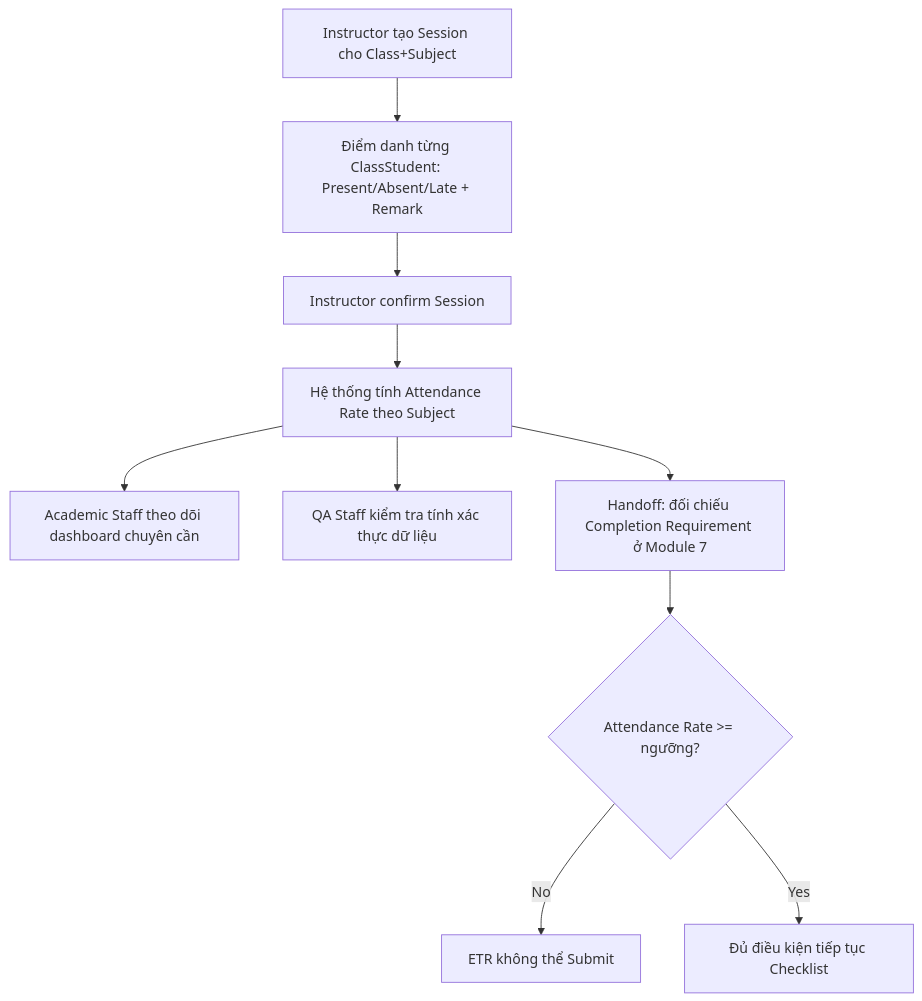
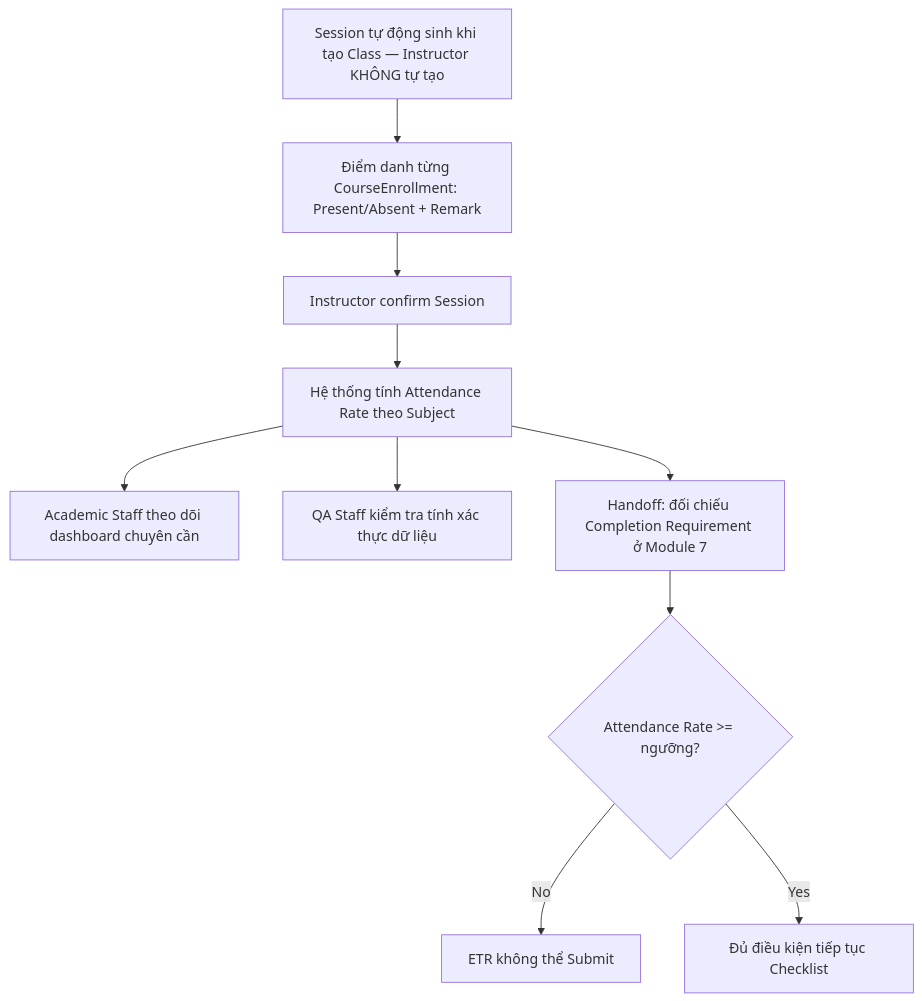
One commit to NhatTrieu24/ETR_Record_BE changed the diagram in docs/final/5.attendance_management.md. Above: the diagram before and after it, drawn with Mermaid. The commit also changed other lines of this file and 7 other files, not shown here.

Commit message:
update flow doc

````diff
--- a/docs/final/5.attendance_management.md
+++ b/docs/final/5.attendance_management.md
@@ -30,12 +30,12 @@
 ```mermaid
 flowchart TD
-    A[Instructor tạo Session cho Class+Subject] --> B[Điểm danh từng ClassStudent: Present/Absent/Late + Remark]
+    A[Session tự động sinh khi tạo Class — Instructor KHÔNG tự tạo] --> B[Điểm danh từng CourseEnrollment: Present/Absent + Remark]
     B --> C[Instructor confirm Session]
     C --> D[Hệ thống tính Attendance Rate theo Subject]
     D --> E[Academic Staff theo dõi dashboard chuyên cần]
     D --> F[QA Staff kiểm tra tính xác thực dữ liệu]
     D --> G[Handoff: đối chiếu Completion Requirement ở Module 7]
     G --> H{Attendance Rate >= ngưỡng?}
     H -->|No| I[ETR không thể Submit]
     H -->|Yes| J[Đủ điều kiện tiếp tục Checklist]
 ```
````
